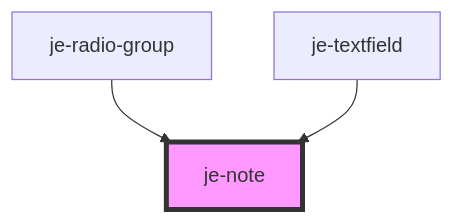
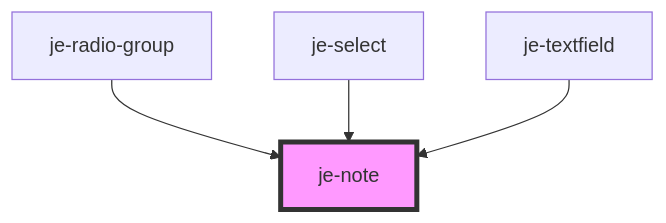
One commit to pgreen00/jebamo changed the diagram in packages/docs/docs/components/je-note/readme.md. Above: the diagram before and after it, drawn with Mermaid. The commit also changed other lines of this file and 16 other files, not shown here.

````diff
--- a/packages/docs/docs/components/je-note/readme.md
+++ b/packages/docs/docs/components/je-note/readme.md
@@ -23,6 +24,7 @@
 ```mermaid
 graph TD;
   je-radio-group --> je-note
+  je-select --> je-note
   je-textfield --> je-note
   style je-note fill:#f9f,stroke:#333,stroke-width:4px
 ```
````
